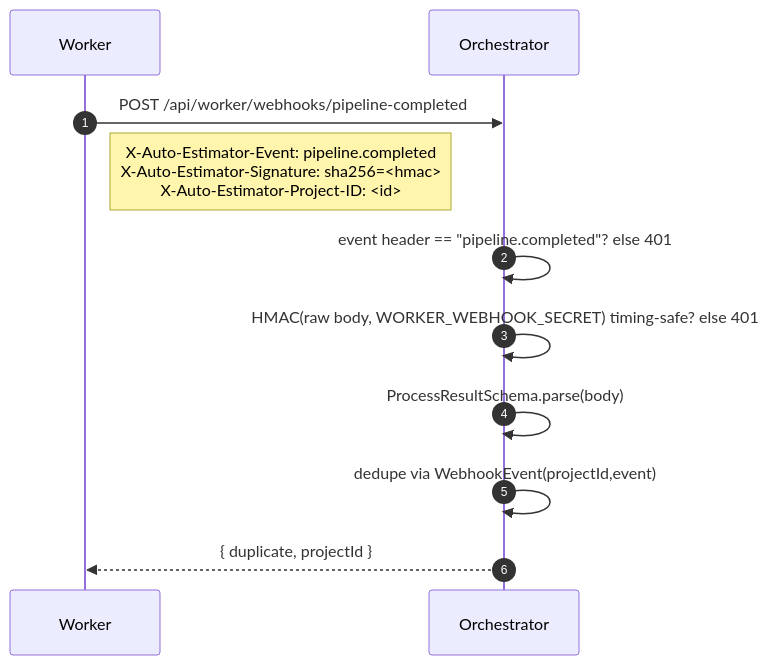
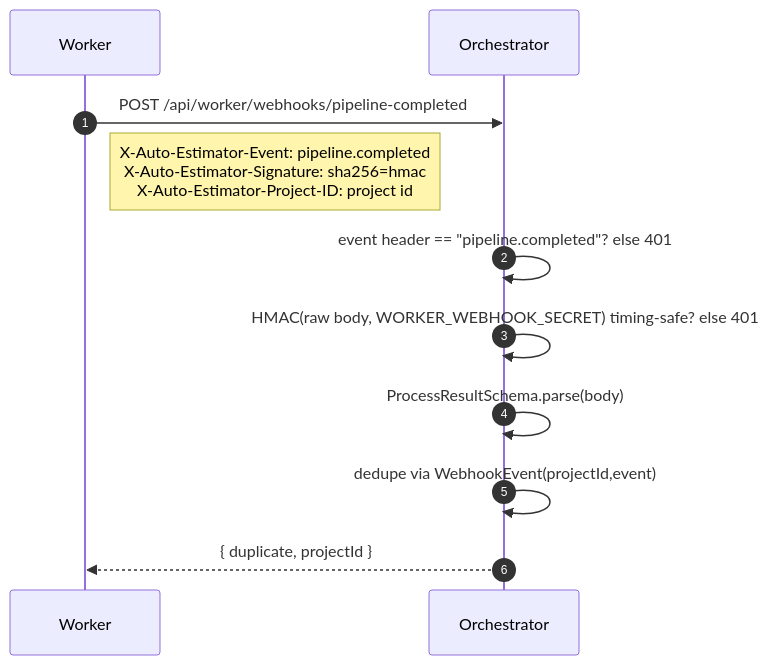
One commit to cubito1080/orcherstrator_wholeFoods changed the second of 2 diagrams in docs/CONTRACTS.md. Above: the diagram before and after it, drawn with Mermaid. The commit also changed other lines of this file and 9 other files, not shown here.

````diff
--- a/docs/CONTRACTS.md
+++ b/docs/CONTRACTS.md
@@ -115,13 +115,13 @@
 ```mermaid
 sequenceDiagram
     autonumber
     participant K as Worker
     participant O as Orchestrator
     K->>O: POST /api/worker/webhooks/pipeline-completed
-    Note right of K: X-Auto-Estimator-Event: pipeline.completed<br/>X-Auto-Estimator-Signature: sha256=<hmac><br/>X-Auto-Estimator-Project-ID: <id>
+    Note right of K: X-Auto-Estimator-Event: pipeline.completed<br/>X-Auto-Estimator-Signature: sha256=hmac<br/>X-Auto-Estimator-Project-ID: project id
     O->>O: event header == "pipeline.completed"? else 401
     O->>O: HMAC(raw body, WORKER_WEBHOOK_SECRET) timing-safe? else 401
     O->>O: ProcessResultSchema.parse(body)
     O->>O: dedupe via WebhookEvent(projectId,event)
     O-->>K: { duplicate, projectId }
 ```
````
